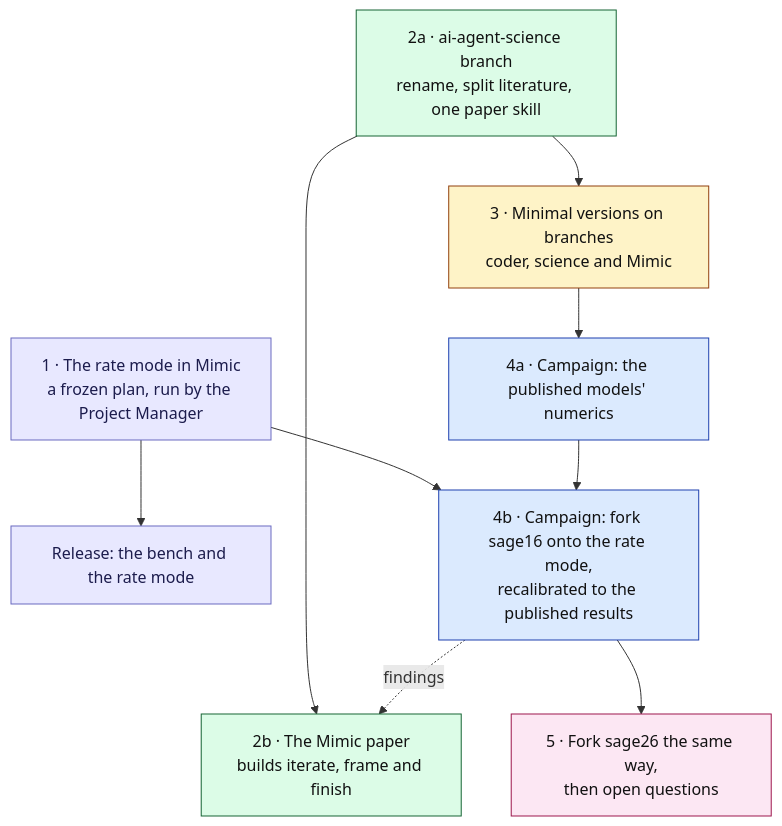
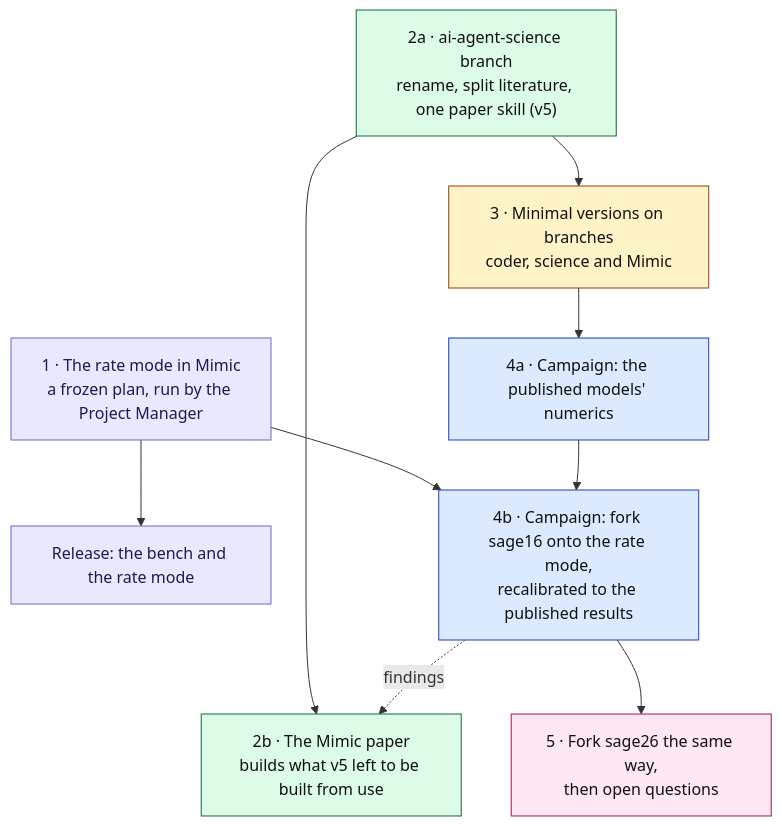
One commit to darrencroton/mimic changed the second of 2 diagrams in docs/dev/AGENTIC-SCIENCE-ARCHITECTURE.md. Above: the diagram before and after it, drawn with Mermaid. The commit also changed other lines of this file and 1 other file, not shown here.

First line of the commit message:
docs/dev: ai-agent-science v5 in the architecture and the pathway

````diff
--- a/docs/dev/AGENTIC-SCIENCE-ARCHITECTURE.md
+++ b/docs/dev/AGENTIC-SCIENCE-ARCHITECTURE.md
@@ -273,24 +272,24 @@
 ```mermaid
 flowchart TD
     S1["1 · The rate mode in Mimic<br/>a frozen plan, run by the Project Manager"]:::mimic
     S1r["Release: the bench and the rate mode"]:::mimic
-    S2a["2a · ai-agent-science branch<br/>rename, split literature, one paper skill"]:::sci
-    S2b["2b · The Mimic paper<br/>builds iterate, frame and finish"]:::sci
+    S2a["2a · ai-agent-science branch<br/>rename, split literature, one paper skill (v5)"]:::sci
+    S2b["2b · The Mimic paper<br/>builds what v5 left to be built from use"]:::sci
     S3["3 · Minimal versions on branches<br/>coder, science and Mimic"]:::build
     S4a["4a · Campaign: the published models' numerics"]:::exp
     S4b["4b · Campaign: fork sage16 onto the rate mode,<br/>recalibrated to the published results"]:::exp
     S5["5 · Fork sage26 the same way,<br/>then open questions"]:::real
 
     S1 --> S1r
     S1 --> S4b
     S2a --> S2b
     S2a --> S3
     S3 --> S4a --> S4b --> S5
     S4b -.->|findings| S2b
 
     classDef mimic fill:#e8e8ff,stroke:#6a6ac0,color:#1c1c4d
     classDef sci fill:#dcfce7,stroke:#166534,color:#111111
     classDef build fill:#fef3c7,stroke:#92400e,color:#111111
     classDef exp fill:#dbeafe,stroke:#1e40af,color:#111111
     classDef real fill:#fce7f3,stroke:#9d174d,color:#111111
 ```
````
